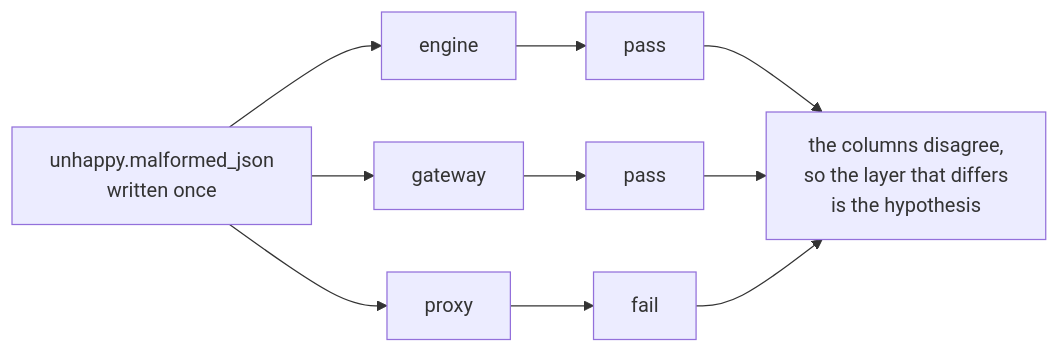
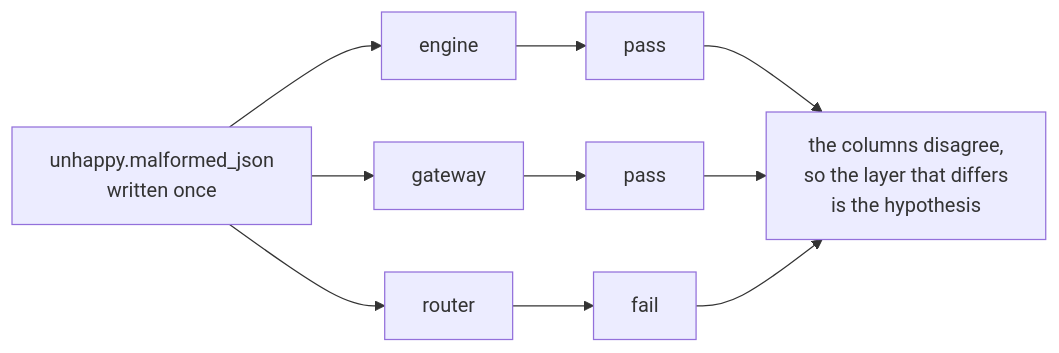
The first of 3 diagrams in docs/architecture.md (llm-d-incubation/llm-d-validate), drawn with Mermaid before and after one commit. The commit also changed other lines of this file and 11 other files, not shown here.

````diff
--- a/docs/architecture.md
+++ b/docs/architecture.md
@@ -20,11 +20,11 @@
 ```mermaid
 flowchart LR
     CASE["unhappy.malformed_json<br/>written once"]
     CASE --> E["engine"] --> RE["pass"]
     CASE --> G["gateway"] --> RG["pass"]
-    CASE --> L["proxy"] --> RL["fail"]
+    CASE --> L["router"] --> RL["fail"]
     RE --> A
     RG --> A
     RL --> A
     A["the columns disagree,<br/>so the layer that differs<br/>is the hypothesis"]
 ```
````
